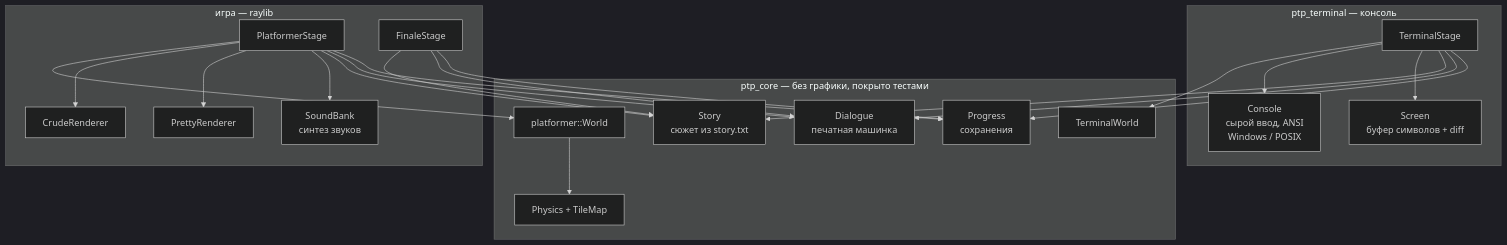
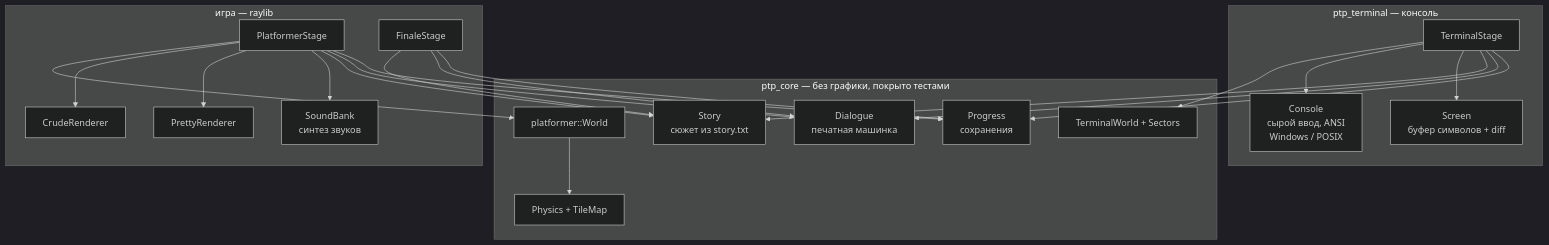
One commit to SaTu-u/OurGame changed the diagram in docs/ARCHITECTURE.md. Above: the diagram before and after it, drawn with Mermaid (dark theme). The commit also changed other lines of this file and 12 other files, not shown here.

````diff
--- a/docs/ARCHITECTURE.md
+++ b/docs/ARCHITECTURE.md
@@ -17,27 +17,27 @@
 ```mermaid
 flowchart TB
     subgraph core["ptp_core — без графики, покрыто тестами"]
         Story[Story<br/>сюжет из story.txt]
         Dialogue[Dialogue<br/>печатная машинка]
         Progress[Progress<br/>сохранения]
-        TW[TerminalWorld]
+        TW[TerminalWorld + Sectors]
         World[platformer::World]
         Physics[Physics + TileMap]
     end
     subgraph term["ptp_terminal — консоль"]
         Console[Console<br/>сырой ввод, ANSI<br/>Windows / POSIX]
         Screen[Screen<br/>буфер символов + diff]
         TS[TerminalStage]
     end
     subgraph gfx["игра — raylib"]
         PS[PlatformerStage]
         CR[CrudeRenderer]
         PR[PrettyRenderer]
         FIN[FinaleStage]
         SB[SoundBank<br/>синтез звуков]
     end
     TS --> TW & Console & Screen
     PS --> World --> Physics
     PS --> CR & PR & SB
     PS & FIN & TS --> Story & Dialogue & Progress
 ```
````
